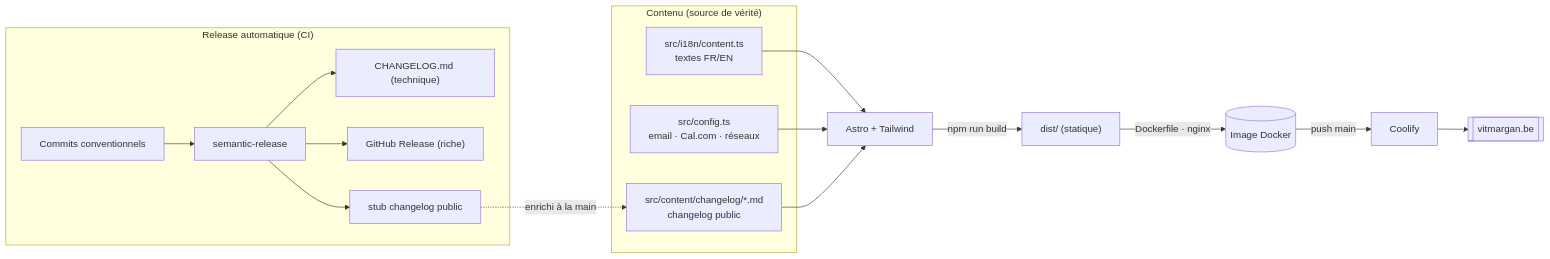
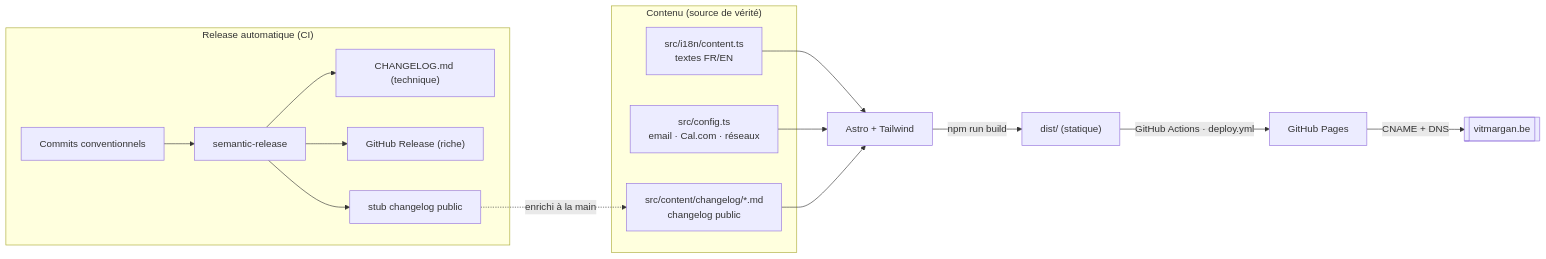
The diagram in README.md (VMargan/vitmargan-main-site), drawn with Mermaid before and after one commit. The commit also changed other lines of this file and 2 other files, not shown here.

First line of the commit message:
ci: enable GitHub Pages continuous delivery

````diff
--- a/README.md
+++ b/README.md
@@ -8,24 +8,23 @@
 ```mermaid
 flowchart LR
   subgraph Contenu["Contenu (source de vérité)"]
     C["src/i18n/content.ts<br/>textes FR/EN"]
     CFG["src/config.ts<br/>email · Cal.com · réseaux"]
     CL["src/content/changelog/*.md<br/>changelog public"]
   end
 
   C --> A["Astro + Tailwind"]
   CFG --> A
   CL --> A
   A -->|"npm run build"| D["dist/ (statique)"]
-  D -->|"Dockerfile · nginx"| IMG[("Image Docker")]
-  IMG -->|"push main"| CO["Coolify"]
-  CO --> WWW[["vitmargan.be"]]
+  D -->|"GitHub Actions · deploy.yml"| GP["GitHub Pages"]
+  GP -->|"CNAME + DNS"| WWW[["vitmargan.be"]]
 
   subgraph Release["Release automatique (CI)"]
     GIT["Commits conventionnels"] --> SR["semantic-release"]
     SR --> TECH["CHANGELOG.md (technique)"]
     SR --> GH["GitHub Release (riche)"]
     SR --> PUB["stub changelog public"]
   end
   PUB -.->|"enrichi à la main"| CL
 ```
````
